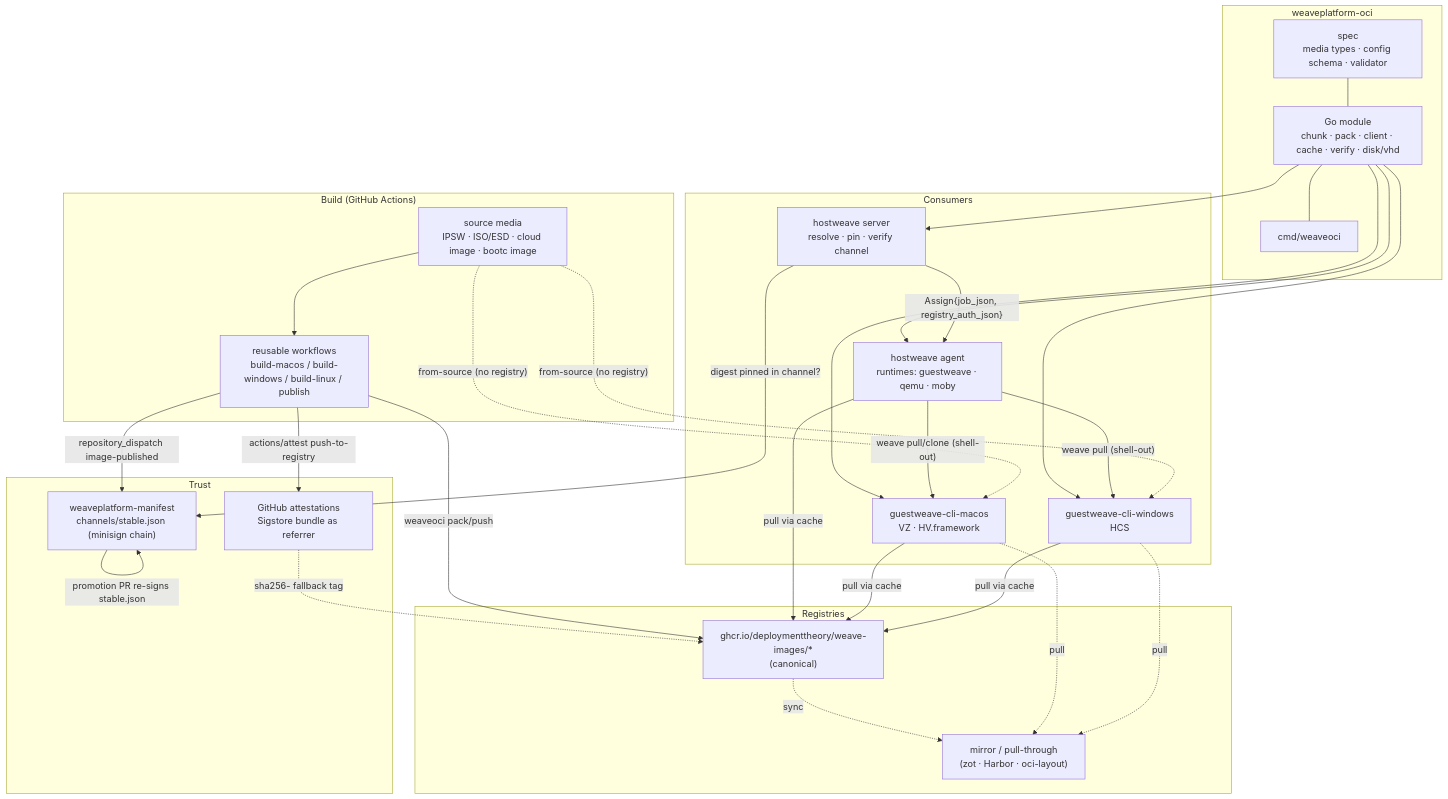
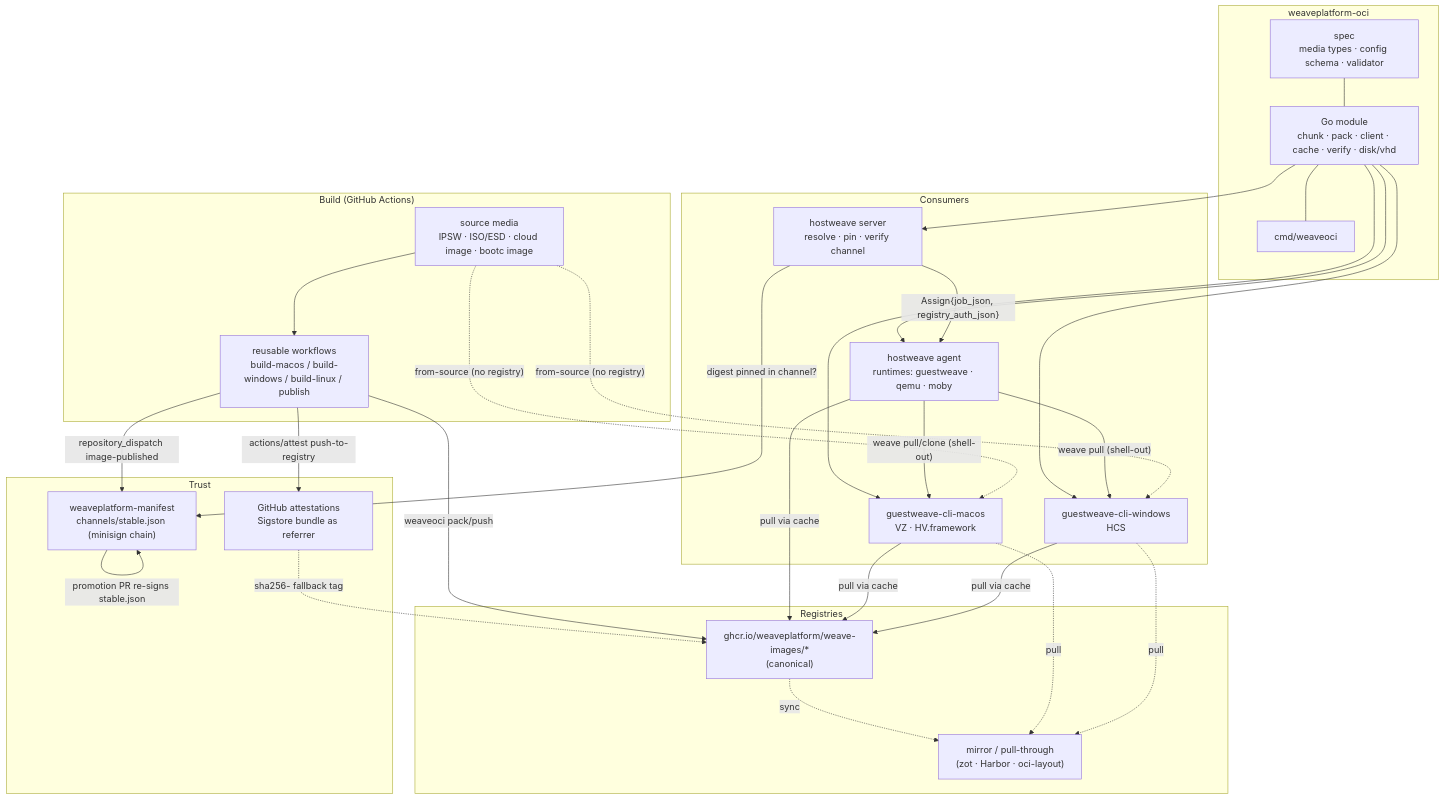
One commit to weaveplatform/weaveplatform-oci changed the first of 7 diagrams in docs/research/08-target-architecture.md. Above: the diagram before and after it, drawn with Mermaid. The commit also changed other lines of this file and 113 other files, not shown here.

````diff
--- a/docs/research/08-target-architecture.md
+++ b/docs/research/08-target-architecture.md
@@ -25,56 +25,56 @@
 ```mermaid
 flowchart TB
     subgraph build["Build (GitHub Actions)"]
         wf["reusable workflows<br/>build-macos / build-windows / build-linux / publish"]
         media["source media<br/>IPSW · ISO/ESD · cloud image · bootc image"]
         media --> wf
     end
 
     subgraph oci["weaveplatform-oci"]
         spec["spec<br/>media types · config schema · validator"]
         mod["Go module<br/>chunk · pack · client · cache · verify · disk/vhd"]
         cli["cmd/weaveoci"]
         spec --- mod --- cli
     end
 
     subgraph reg["Registries"]
-        ghcr["ghcr.io/deploymenttheory/weave-images/*<br/>(canonical)"]
+        ghcr["ghcr.io/weaveplatform/weave-images/*<br/>(canonical)"]
         mirror["mirror / pull-through<br/>(zot · Harbor · oci-layout)"]
         ghcr -. sync .-> mirror
     end
 
     subgraph trust["Trust"]
         attest["GitHub attestations<br/>Sigstore bundle as referrer"]
         chan["weaveplatform-manifest<br/>channels/stable.json (minisign chain)"]
     end
 
     subgraph consumers["Consumers"]
         hw["hostweave server<br/>resolve · pin · verify channel"]
         agent["hostweave agent<br/>runtimes: guestweave · qemu · moby"]
         gwm["guestweave-cli-macos<br/>VZ · HV.framework"]
         gww["guestweave-cli-windows<br/>HCS"]
     end
 
     wf -- "weaveoci pack/push" --> ghcr
     wf -- "actions/attest push-to-registry" --> attest
     attest -. "sha256-<digest> fallback tag" .-> ghcr
     wf -- "repository_dispatch image-published" --> chan
     chan -- "promotion PR re-signs stable.json" --> chan
 
     mod --> hw
     mod --> agent
     mod --> gwm
     mod --> gww
 
     hw -- "Assign{job_json, registry_auth_json}" --> agent
     hw -- "digest pinned in channel?" --> chan
     agent -- "weave pull/clone (shell-out)" --> gwm
     agent -- "weave pull (shell-out)" --> gww
     agent -- "pull via cache" --> ghcr
     gwm -- "pull via cache" --> ghcr
     gww -- "pull via cache" --> ghcr
     gwm -. "pull" .-> mirror
     gww -. "pull" .-> mirror
     media -. "from-source (no registry)" .-> gwm
     media -. "from-source (no registry)" .-> gww
 ```
````
